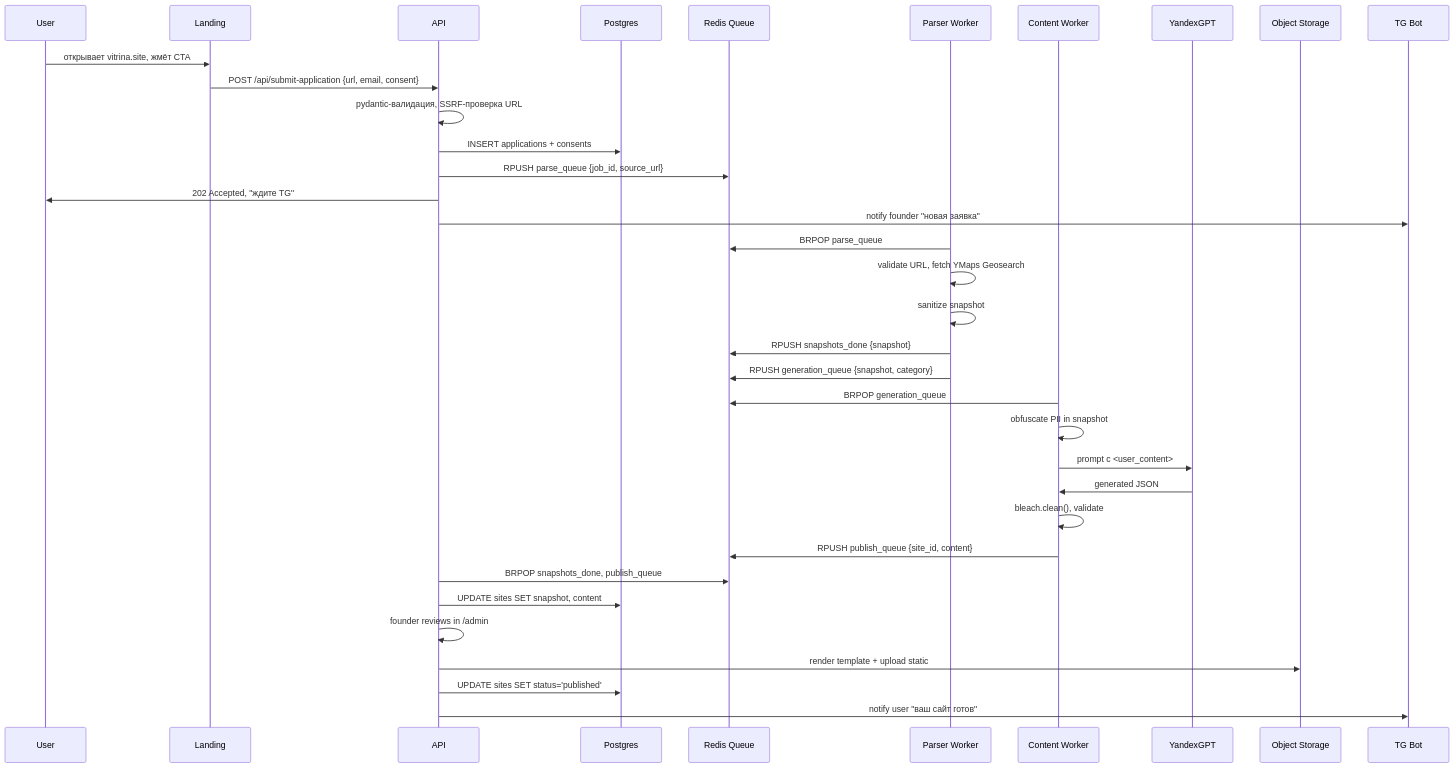
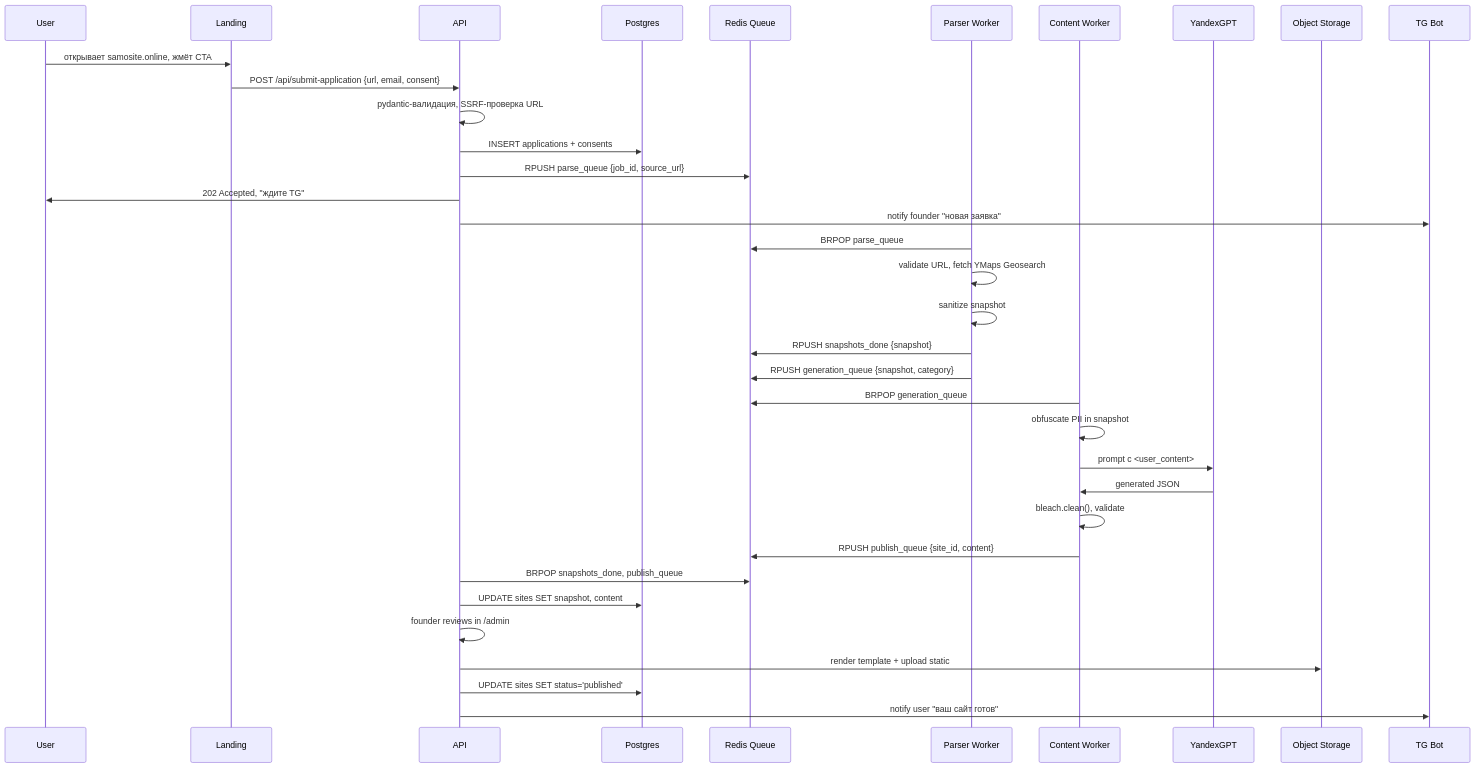
One commit to raravista8/vitrina changed the fifth of 6 diagrams in docs/ARCHITECTURE.md. Above: the diagram before and after it, drawn with Mermaid. The commit also changed other lines of this file and 46 other files, not shown here.

````diff
--- a/docs/ARCHITECTURE.md
+++ b/docs/ARCHITECTURE.md
@@ -248,41 +248,41 @@
 ```mermaid
 sequenceDiagram
     participant U as User
     participant L as Landing
     participant API as API
     participant PG as Postgres
     participant R as Redis Queue
     participant PW as Parser Worker
     participant CW as Content Worker
     participant YG as YandexGPT
     participant S3 as Object Storage
     participant TG as TG Bot
 
-    U->>L: открывает vitrina.site, жмёт CTA
+    U->>L: открывает samosite.online, жмёт CTA
     L->>API: POST /api/submit-application {url, email, consent}
     API->>API: pydantic-валидация, SSRF-проверка URL
     API->>PG: INSERT applications + consents
     API->>R: RPUSH parse_queue {job_id, source_url}
     API->>U: 202 Accepted, "ждите TG"
     API->>TG: notify founder "новая заявка"
 
     PW->>R: BRPOP parse_queue
     PW->>PW: validate URL, fetch YMaps Geosearch
     PW->>PW: sanitize snapshot
     PW->>R: RPUSH snapshots_done {snapshot}
     PW->>R: RPUSH generation_queue {snapshot, category}
 
     CW->>R: BRPOP generation_queue
     CW->>CW: obfuscate PII in snapshot
     CW->>YG: prompt с <user_content>
     YG->>CW: generated JSON
     CW->>CW: bleach.clean(), validate
     CW->>R: RPUSH publish_queue {site_id, content}
 
     API->>R: BRPOP snapshots_done, publish_queue
     API->>PG: UPDATE sites SET snapshot, content
     API->>API: founder reviews in /admin
     API->>S3: render template + upload static
     API->>PG: UPDATE sites SET status='published'
     API->>TG: notify user "ваш сайт готов"
 ```
````
